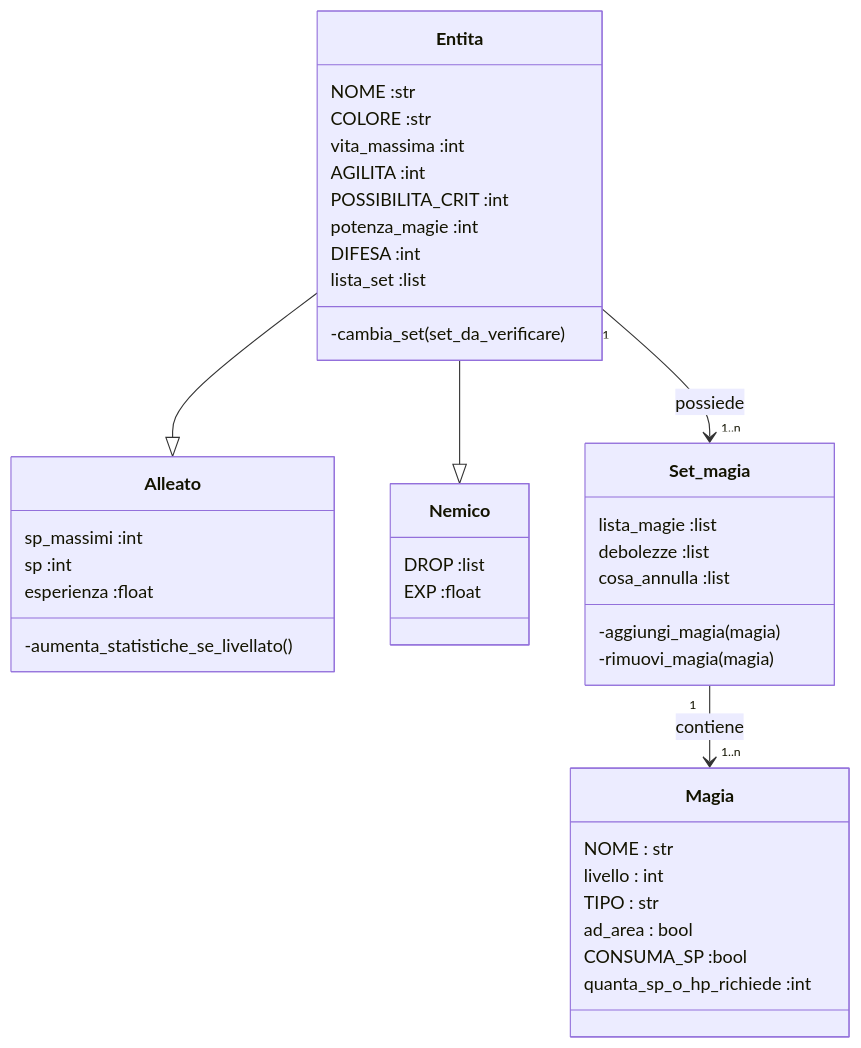
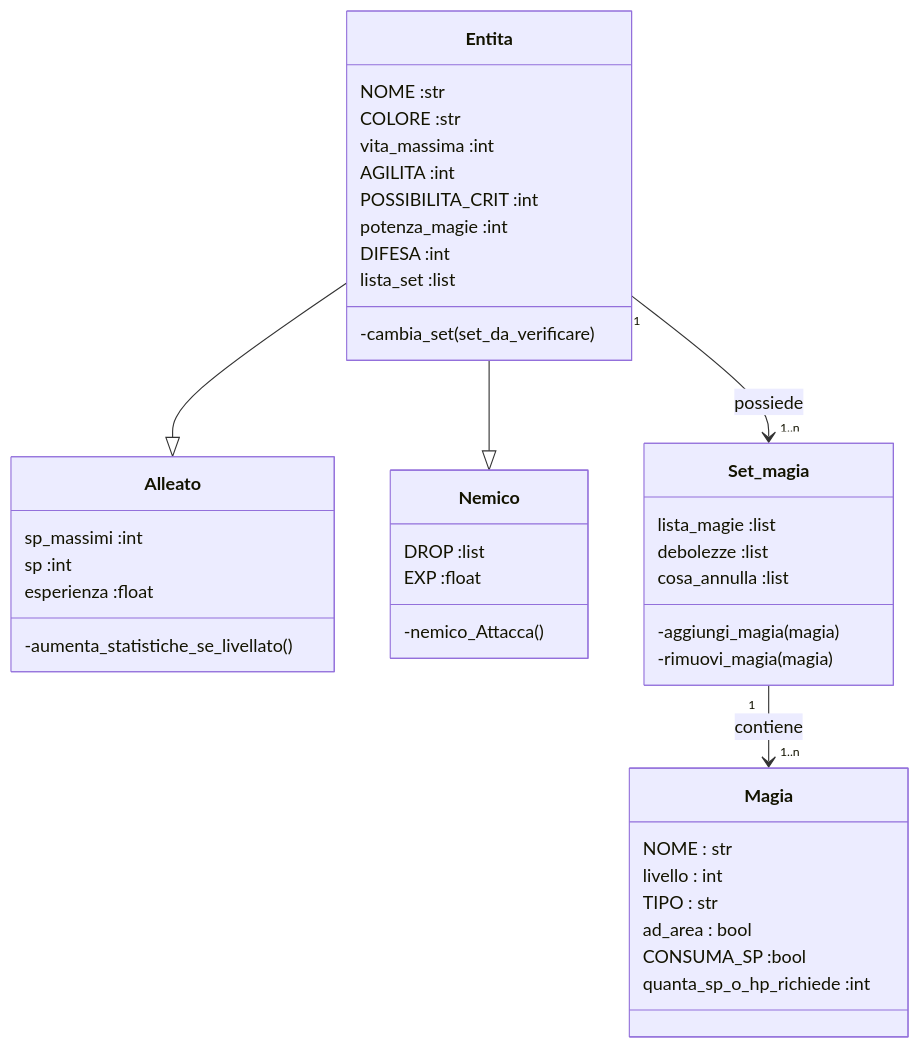
The diagram in uml/game_logic.md (MarcoArlotti/A_simple_JRPG_on_the_CMD_RE-COMMITTED), drawn with Mermaid before and after one commit. The commit also changed 1 other file, not shown here.

````diff
--- a/uml/game_logic.md
+++ b/uml/game_logic.md
@@ -1,48 +1,49 @@
 ```mermaid
 classDiagram
 Entita --|> Alleato
 Entita --|> Nemico
 Entita "1"--> "1..n" Set_magia :possiede
 Set_magia "1" --> "1..n" Magia :contiene
 
 class Entita {
     NOME :str
     COLORE :str
     vita_massima :int
     AGILITA :int
     POSSIBILITA_CRIT :int
     potenza_magie :int
     DIFESA :int
     lista_set :list
     -cambia_set(set_da_verificare)
 }
 
 class Alleato {
     sp_massimi :int
     sp :int
     esperienza :float
     -aumenta_statistiche_se_livellato()
 }
 
 class Nemico{
     DROP :list
     EXP :float
+    -nemico_Attacca()
 }
 
 class Set_magia {
     lista_magie :list
     debolezze :list
     cosa_annulla :list
     -aggiungi_magia(magia)
     -rimuovi_magia(magia)
 }
 
 class Magia {
     NOME : str
     livello : int
     TIPO : str
     ad_area : bool
     CONSUMA_SP :bool
     quanta_sp_o_hp_richiede :int
 }
 ```
````
